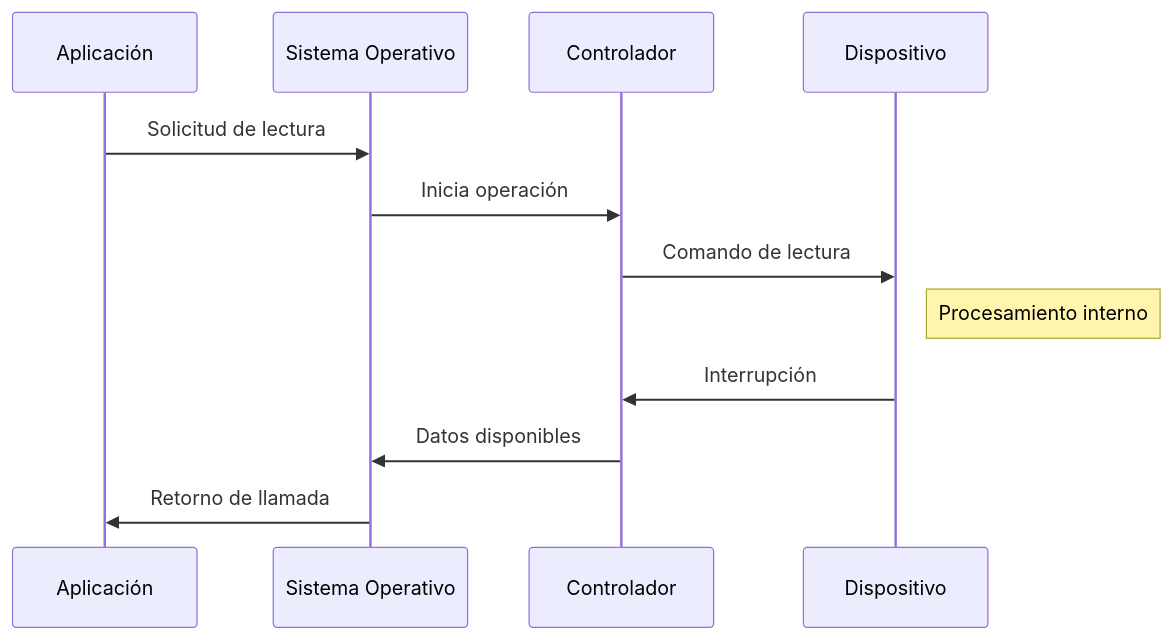
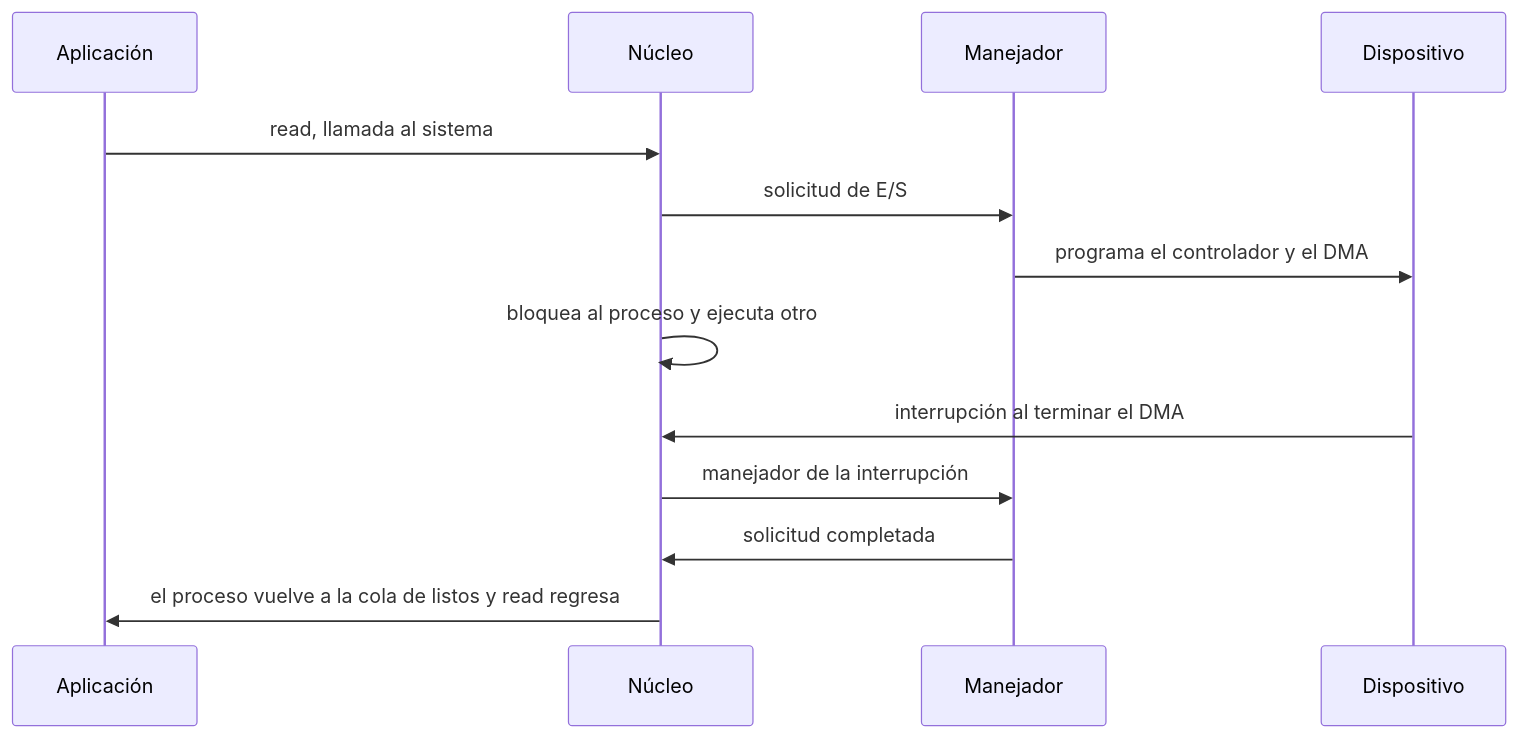
The diagram in public/documents/semester-6/3/6371.md (djaimej/computer-science-template), drawn with Mermaid before and after one commit. The commit also changed other lines of this file, not shown here.

````diff
--- a/public/documents/semester-6/3/6371.md
+++ b/public/documents/semester-6/3/6371.md
@@ -254,15 +56,15 @@
 ```mermaid
 sequenceDiagram
-    participant App as Aplicación
-    participant OS as Sistema Operativo
-    participant Driver as Controlador
-    participant Device as Dispositivo
-
-    App->>OS: Solicitud de lectura
-    OS->>Driver: Inicia operación
-    Driver->>Device: Comando de lectura
-    Note right of Device: Procesamiento interno
-    Device->>Driver: Interrupción
-    Driver->>OS: Datos disponibles
-    OS->>App: Retorno de llamada
+    participant A as Aplicación
+    participant K as Núcleo
+    participant D as Manejador
+    participant H as Dispositivo
+    A->>K: read, llamada al sistema
+    K->>D: solicitud de E/S
+    D->>H: programa el controlador y el DMA
+    K->>K: bloquea al proceso y ejecuta otro
+    H->>K: interrupción al terminar el DMA
+    K->>D: manejador de la interrupción
+    D->>K: solicitud completada
+    K->>A: el proceso vuelve a la cola de listos y read regresa
 ```
````
